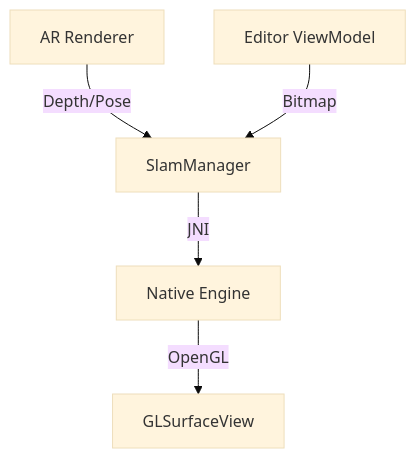
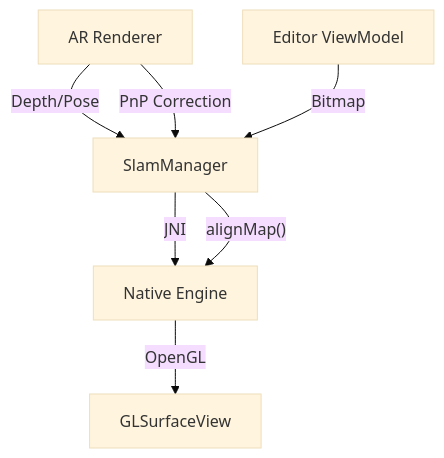
The diagram in docs/ARCHITECTURE.md (HereLiesAz/GraffitiXR), drawn with Mermaid (base theme) before and after one commit. The commit also changed 29 other files, not shown here.

````diff
--- a/docs/ARCHITECTURE.md
+++ b/docs/ARCHITECTURE.md
@@ -23,7 +23,8 @@
 ```mermaid
 graph TD
     AR[AR Renderer] -- Depth/Pose --> SM[SlamManager]
     ED[Editor ViewModel] -- Bitmap --> SM
     SM -- JNI --> Cpp[Native Engine]
     Cpp -- OpenGL --> Surface[GLSurfaceView]
+    AR -- PnP Correction --> SM -- alignMap() --> Cpp
 ```
````
